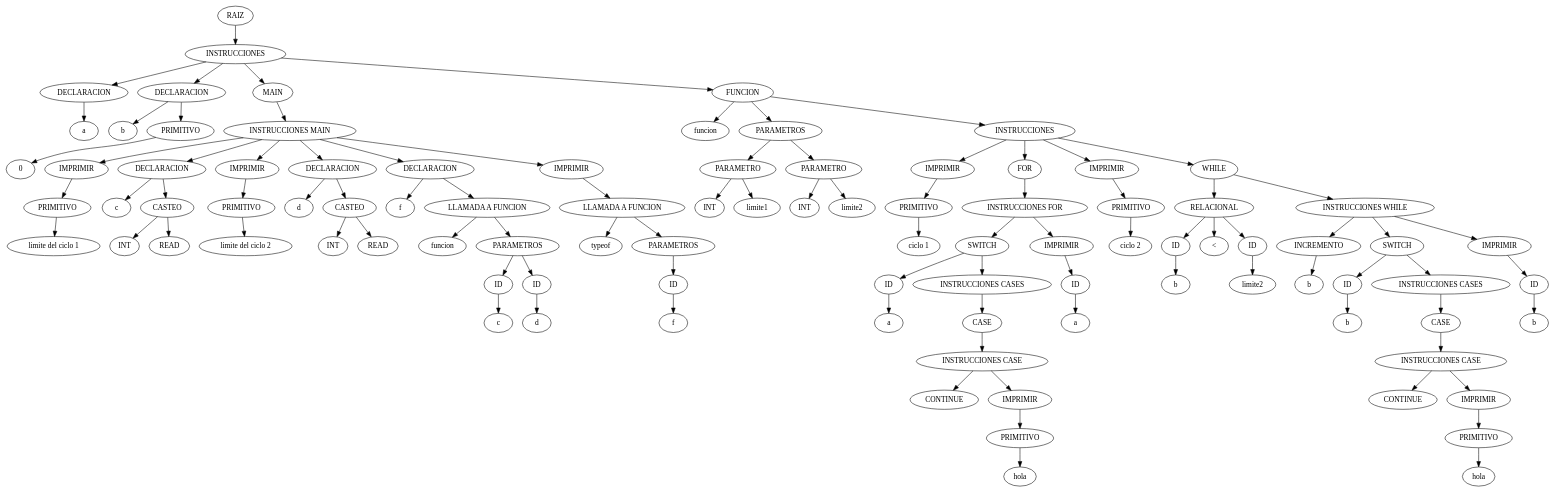
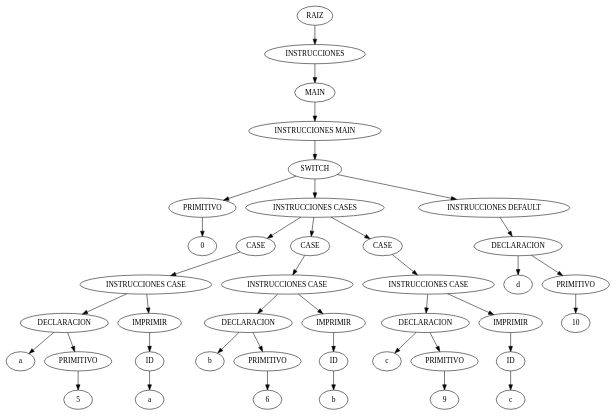
Before and after one commit to carlos11401/Compi-1: the diagram in ast.dot, drawn with Graphviz. The commit also changed 20 other files, not shown here.

```diff
--- a/ast.dot
+++ b/ast.dot
@@ -1,191 +1,81 @@
 digraph {
 n0[label="RAIZ"];
 n1[label="INSTRUCCIONES"];
 n0->n1;
-n2[label="DECLARACION"];
+n2[label="MAIN"];
 n1->n2;
-n3[label="a"];
+n3[label="INSTRUCCIONES MAIN"];
 n2->n3;
-n4[label="DECLARACION"];
-n1->n4;
-n5[label="b"];
+n4[label="SWITCH"];
+n3->n4;
+n5[label="PRIMITIVO"];
 n4->n5;
-n6[label="PRIMITIVO"];
-n4->n6;
-n7[label="0"];
-n6->n7;
-n8[label="MAIN"];
-n1->n8;
-n9[label="INSTRUCCIONES MAIN"];
+n6[label="0"];
+n5->n6;
+n7[label="INSTRUCCIONES CASES"];
+n4->n7;
+n8[label="CASE"];
+n7->n8;
+n9[label="INSTRUCCIONES CASE"];
 n8->n9;
-n10[label="IMPRIMIR"];
+n10[label="DECLARACION"];
 n9->n10;
-n11[label="PRIMITIVO"];
+n11[label="a"];
 n10->n11;
-n12[label="limite del ciclo 1"];
-n11->n12;
-n13[label="DECLARACION"];
-n9->n13;
-n14[label="c"];
-n13->n14;
-n15[label="CASTEO"];
-n13->n15;
-n16[label="INT"];
+n12[label="PRIMITIVO"];
+n10->n12;
+n13[label="5"];
+n12->n13;
+n14[label="IMPRIMIR"];
+n9->n14;
+n15[label="ID"];
+n14->n15;
+n16[label="a"];
 n15->n16;
-n17[label="READ"];
-n15->n17;
-n18[label="IMPRIMIR"];
-n9->n18;
-n19[label="PRIMITIVO"];
+n17[label="CASE"];
+n7->n17;
+n18[label="INSTRUCCIONES CASE"];
+n17->n18;
+n19[label="DECLARACION"];
 n18->n19;
-n20[label="limite del ciclo 2"];
+n20[label="b"];
 n19->n20;
-n21[label="DECLARACION"];
-n9->n21;
-n22[label="d"];
+n21[label="PRIMITIVO"];
+n19->n21;
+n22[label="6"];
 n21->n22;
-n23[label="CASTEO"];
-n21->n23;
-n24[label="INT"];
+n23[label="IMPRIMIR"];
+n18->n23;
+n24[label="ID"];
 n23->n24;
-n25[label="READ"];
-n23->n25;
-n26[label="DECLARACION"];
-n9->n26;
-n27[label="f"];
+n25[label="b"];
+n24->n25;
+n26[label="CASE"];
+n7->n26;
+n27[label="INSTRUCCIONES CASE"];
 n26->n27;
-n28[label="LLAMADA A FUNCION"];
-n26->n28;
-n29[label="funcion"];
+n28[label="DECLARACION"];
+n27->n28;
+n29[label="c"];
 n28->n29;
-n30[label="PARAMETROS"];
+n30[label="PRIMITIVO"];
 n28->n30;
-n31[label="ID"];
+n31[label="9"];
 n30->n31;
-n32[label="c"];
-n31->n32;
+n32[label="IMPRIMIR"];
+n27->n32;
 n33[label="ID"];
-n30->n33;
-n34[label="d"];
+n32->n33;
+n34[label="c"];
 n33->n34;
-n35[label="IMPRIMIR"];
-n9->n35;
-n36[label="LLAMADA A FUNCION"];
+n35[label="INSTRUCCIONES DEFAULT"];
+n4->n35;
+n36[label="DECLARACION"];
 n35->n36;
-n37[label="typeof"];
+n37[label="d"];
 n36->n37;
-n38[label="PARAMETROS"];
+n38[label="PRIMITIVO"];
 n36->n38;
-n39[label="ID"];
+n39[label="10"];
 n38->n39;
-n40[label="f"];
-n39->n40;
-n41[label="FUNCION"];
-n1->n41;
-n42[label="funcion"];
-n41->n42;
-n43[label="PARAMETROS"];
-n41->n43;
-n44[label="PARAMETRO"];
-n43->n44;
-n45[label="INT"];
-n44->n45;
-n46[label="limite1"];
-n44->n46;
-n47[label="PARAMETRO"];
-n43->n47;
-n48[label="INT"];
-n47->n48;
-n49[label="limite2"];
-n47->n49;
-n50[label="INSTRUCCIONES"];
-n41->n50;
-n51[label="IMPRIMIR"];
-n50->n51;
-n52[label="PRIMITIVO"];
-n51->n52;
-n53[label="ciclo 1"];
-n52->n53;
-n54[label="FOR"];
-n50->n54;
-n55[label="INSTRUCCIONES FOR"];
-n54->n55;
-n56[label="SWITCH"];
-n55->n56;
-n57[label="ID"];
-n56->n57;
-n58[label="a"];
-n57->n58;
-n59[label="INSTRUCCIONES CASES"];
-n56->n59;
-n60[label="CASE"];
-n59->n60;
-n61[label="INSTRUCCIONES CASE"];
-n60->n61;
-n62[label="CONTINUE"];
-n61->n62;
-n63[label="IMPRIMIR"];
-n61->n63;
-n64[label="PRIMITIVO"];
-n63->n64;
-n65[label="hola"];
-n64->n65;
-n66[label="IMPRIMIR"];
-n55->n66;
-n67[label="ID"];
-n66->n67;
-n68[label="a"];
-n67->n68;
-n69[label="IMPRIMIR"];
-n50->n69;
-n70[label="PRIMITIVO"];
-n69->n70;
-n71[label="ciclo 2"];
-n70->n71;
-n72[label="WHILE"];
-n50->n72;
-n73[label="RELACIONAL"];
-n72->n73;
-n74[label="ID"];
-n73->n74;
-n75[label="b"];
-n74->n75;
-n76[label="<"];
-n73->n76;
-n77[label="ID"];
-n73->n77;
-n78[label="limite2"];
-n77->n78;
-n79[label="INSTRUCCIONES WHILE"];
-n72->n79;
-n80[label="INCREMENTO"];
-n79->n80;
-n81[label="b"];
-n80->n81;
-n82[label="SWITCH"];
-n79->n82;
-n83[label="ID"];
-n82->n83;
-n84[label="b"];
-n83->n84;
-n85[label="INSTRUCCIONES CASES"];
-n82->n85;
-n86[label="CASE"];
-n85->n86;
-n87[label="INSTRUCCIONES CASE"];
-n86->n87;
-n88[label="CONTINUE"];
-n87->n88;
-n89[label="IMPRIMIR"];
-n87->n89;
-n90[label="PRIMITIVO"];
-n89->n90;
-n91[label="hola"];
-n90->n91;
-n92[label="IMPRIMIR"];
-n79->n92;
-n93[label="ID"];
-n92->n93;
-n94[label="b"];
-n93->n94;
 }
```
